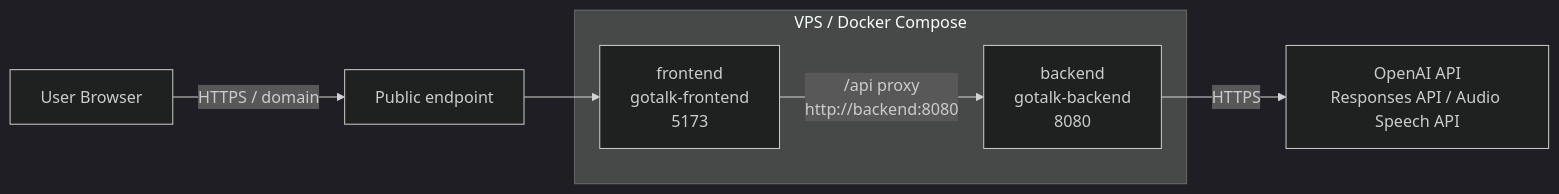
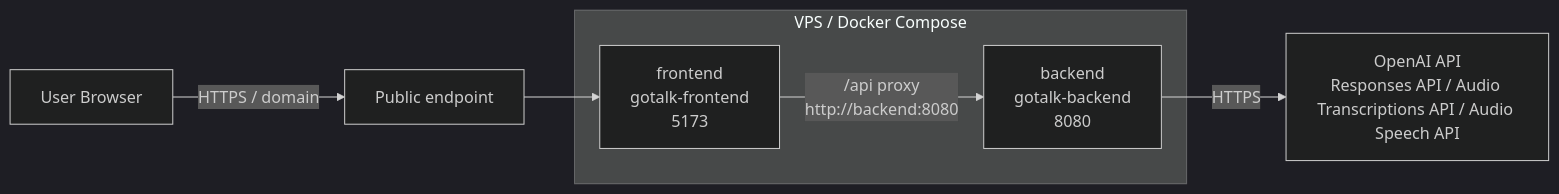
Before and after one commit to shin-arita/gotalk: the diagram in docs/infrastructure.md, drawn with Mermaid (dark theme). The commit also changed other lines of this file and 12 other files, not shown here.

````diff
--- a/docs/infrastructure.md
+++ b/docs/infrastructure.md
@@ -34,12 +34,12 @@
 ```mermaid
 flowchart LR
   User[User Browser] -->|HTTPS / domain| Public[Public endpoint]
   Public --> Frontend[frontend<br/>gotalk-frontend<br/>5173]
   Frontend -->|/api proxy<br/>http://backend:8080| Backend[backend<br/>gotalk-backend<br/>8080]
-  Backend -->|HTTPS| OpenAI[OpenAI API<br/>Responses API / Audio Speech API]
+  Backend -->|HTTPS| OpenAI[OpenAI API<br/>Responses API / Audio Transcriptions API / Audio Speech API]
 
   subgraph VPS[VPS / Docker Compose]
     Frontend
     Backend
   end
 ```
````
